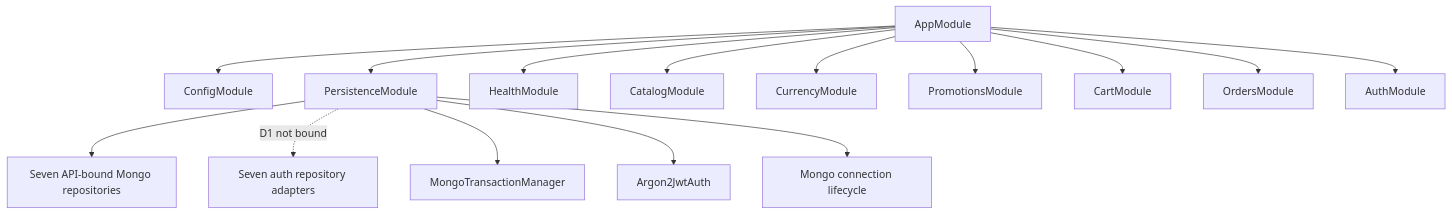
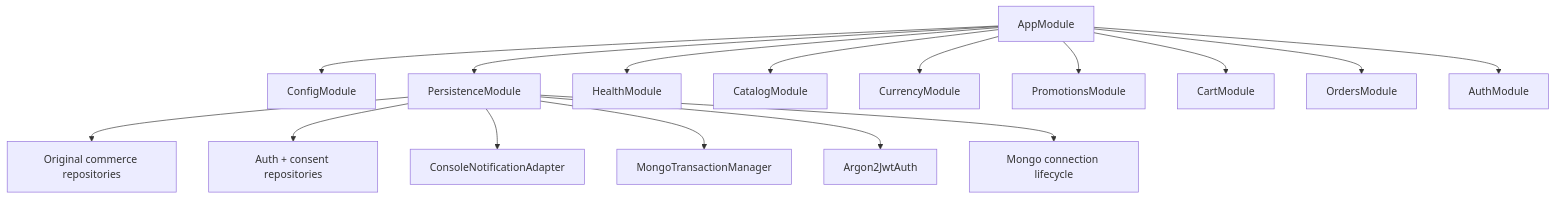
One commit to Kaizer-Systems/saha-textile changed the first of 2 diagrams in docs/backend/composition-and-adapters.md. Above: the diagram before and after it, drawn with Mermaid. The commit also changed other lines of this file and 5 other files, not shown here.

````diff
--- a/docs/backend/composition-and-adapters.md
+++ b/docs/backend/composition-and-adapters.md
@@ -23,18 +23,19 @@
 ```mermaid
 flowchart TD
     App["AppModule"] --> Config["ConfigModule"]
     App --> Persistence["PersistenceModule"]
     App --> Health["HealthModule"]
     App --> Catalog["CatalogModule"]
     App --> Currency["CurrencyModule"]
     App --> Promotions["PromotionsModule"]
     App --> Cart["CartModule"]
     App --> Orders["OrdersModule"]
     App --> Auth["AuthModule"]
 
-    Persistence --> MongoRepos["Seven API-bound Mongo repositories"]
-    Persistence -. "D1 not bound" .-> AuthRepos["Seven auth repository adapters"]
+    Persistence --> MongoRepos["Original commerce repositories"]
+    Persistence --> AuthRepos["Auth + consent repositories"]
+    Persistence --> Notifications["ConsoleNotificationAdapter"]
     Persistence --> Transaction["MongoTransactionManager"]
     Persistence --> AuthAdapter["Argon2JwtAuth"]
     Persistence --> MongoConnection["Mongo connection lifecycle"]
 ```
````
